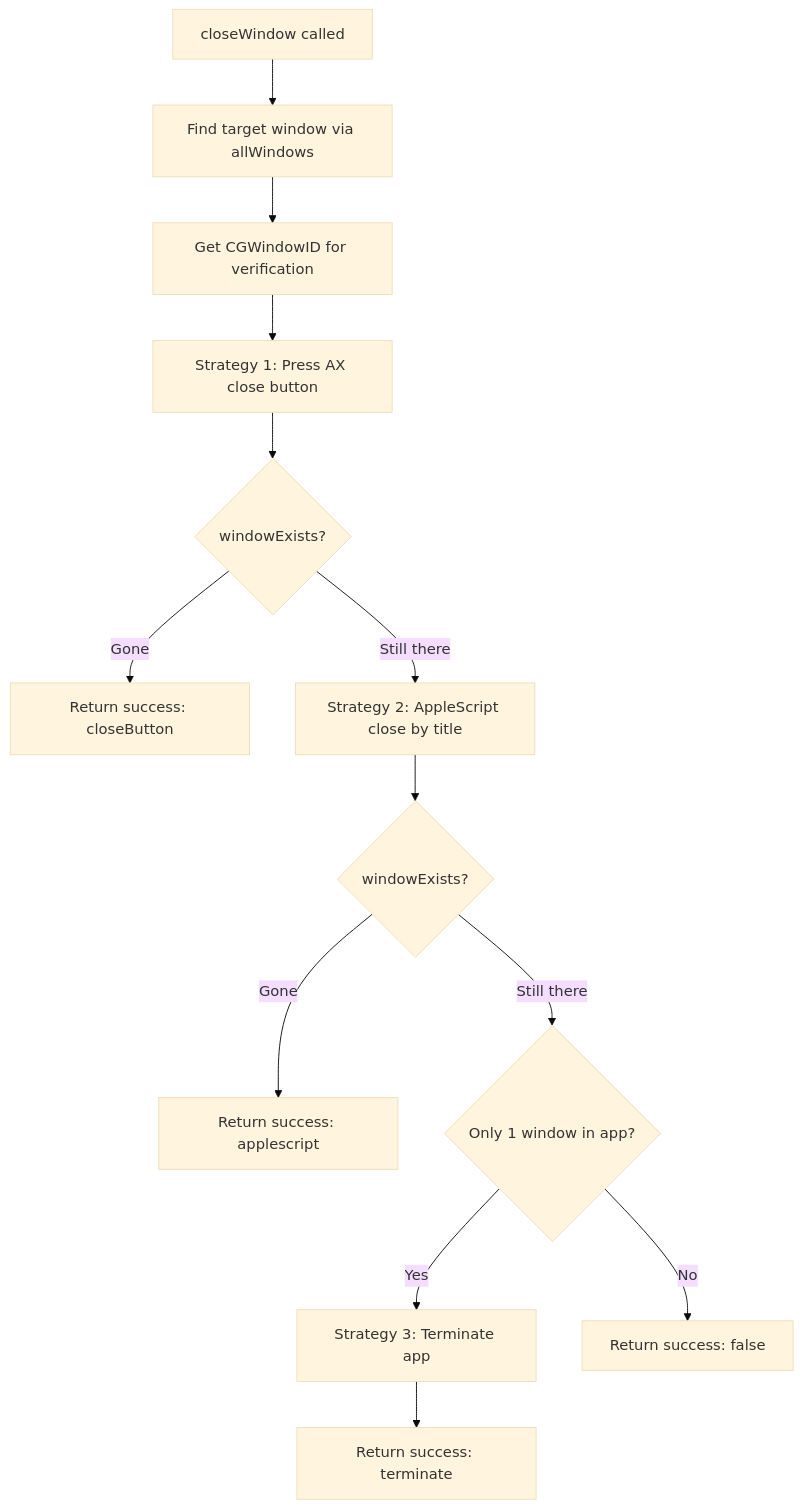
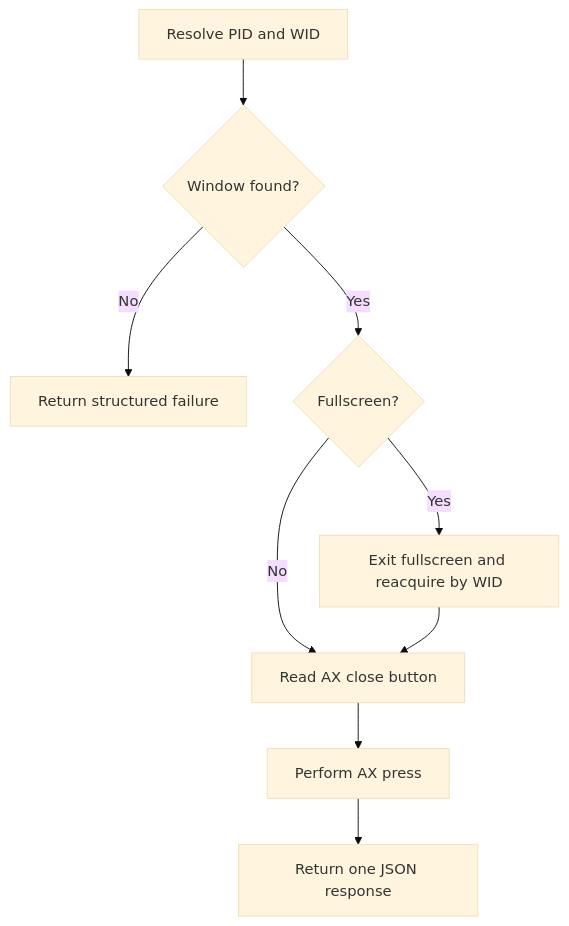
The seventh of 8 diagrams in WORKING.md (devadathanmb/raycast-window-ninja), drawn with Mermaid (base theme) before and after one commit. The commit also changed other lines of this file and 3 other files, not shown here.

````diff
--- a/WORKING.md
+++ b/WORKING.md
@@ -332,15 +331,11 @@
 ```mermaid
 flowchart TD
-    Start[closeWindow called] --> Find[Find target window via allWindows]
-    Find --> GetID[Get CGWindowID for verification]
-    GetID --> S1[Strategy 1: Press AX close button]
-    S1 --> V1{windowExists?}
-    V1 -->|Gone| Done1[Return success: closeButton]
-    V1 -->|Still there| S2[Strategy 2: AppleScript close by title]
-    S2 --> V2{windowExists?}
-    V2 -->|Gone| Done2[Return success: applescript]
-    V2 -->|Still there| S3{Only 1 window in app?}
-    S3 -->|Yes| Term[Strategy 3: Terminate app]
-    Term --> Done3[Return success: terminate]
-    S3 -->|No| Fail[Return success: false]
+    Start[Resolve PID and WID] --> Found{Window found?}
+    Found -->|No| Fail[Return structured failure]
+    Found -->|Yes| Full{Fullscreen?}
+    Full -->|Yes| Exit[Exit fullscreen and reacquire by WID]
+    Full -->|No| Button[Read AX close button]
+    Exit --> Button
+    Button --> Press[Perform AX press]
+    Press --> Result[Return one JSON response]
 ```
````
